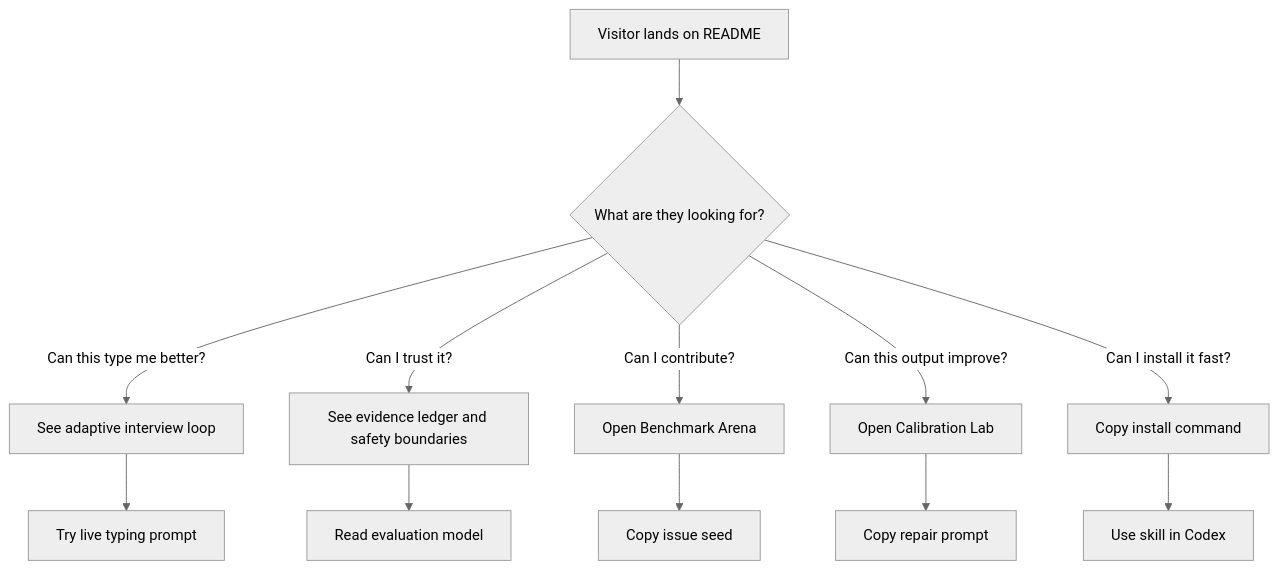
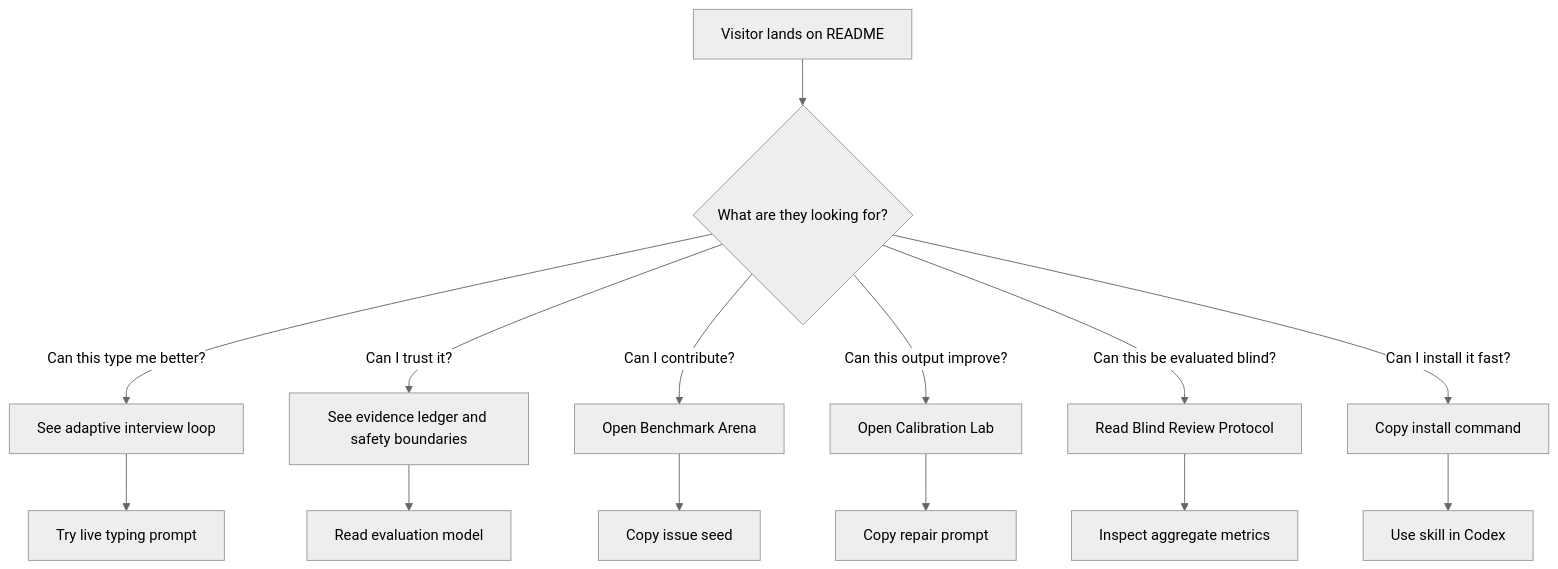
Before and after one commit to Zaoqu-Liu/mbti-typing-skill: the diagram in docs/github-ux.md, drawn with Mermaid (neutral theme). The commit also changed other lines of this file and 16 other files, not shown here.

Commit message:
Add blind review evaluation protocol

````diff
--- a/docs/github-ux.md
+++ b/docs/github-ux.md
@@ -32,14 +33,16 @@
 ```mermaid
 flowchart TD
     A[Visitor lands on README] --> B{What are they looking for?}
     B -->|Can this type me better?| C[See adaptive interview loop]
     B -->|Can I trust it?| D[See evidence ledger and safety boundaries]
     B -->|Can I contribute?| E[Open Benchmark Arena]
     B -->|Can this output improve?| K[Open Calibration Lab]
+    B -->|Can this be evaluated blind?| M[Read Blind Review Protocol]
     B -->|Can I install it fast?| F[Copy install command]
     C --> G[Try live typing prompt]
     D --> H[Read evaluation model]
     E --> I[Copy issue seed]
     K --> L[Copy repair prompt]
+    M --> N[Inspect aggregate metrics]
     F --> J[Use skill in Codex]
 ```
````
